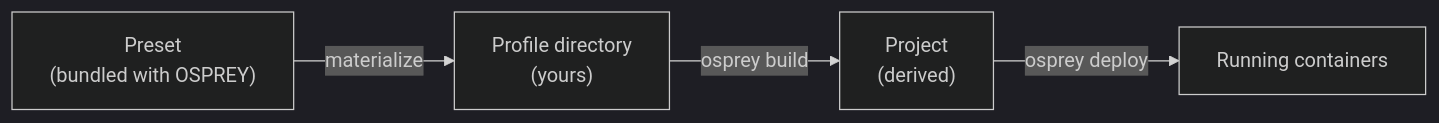
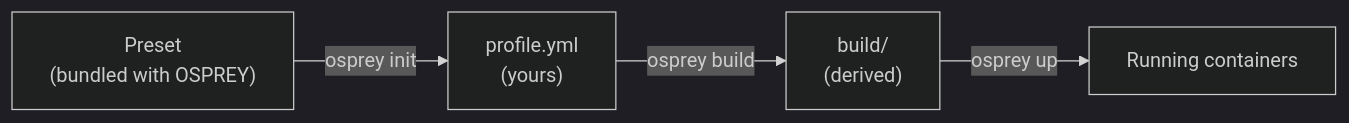
One commit to als-apg/osprey changed the diagram in latest/_sources/how-to/build-profiles.rst. Above: the diagram before and after it, drawn with Mermaid (dark theme). The commit also changed other lines of this file and 171 other files, not shown here.

```diff
--- a/latest/_sources/how-to/build-profiles.rst
+++ b/latest/_sources/how-to/build-profiles.rst
@@ -32,6 +32,6 @@
 .. mermaid::
 
    flowchart LR
-      P["Preset<br/>(bundled with OSPREY)"] -- materialize --> F["Profile directory<br/>(yours)"]
-      F -- osprey build --> J["Project<br/>(derived)"]
-      J -- osprey deploy --> R["Running containers"]
+      P["Preset<br/>(bundled with OSPREY)"] -- osprey init --> F["profile.yml<br/>(yours)"]
+      F -- osprey build --> J["build/<br/>(derived)"]
+      J -- osprey up --> R["Running containers"]
```
